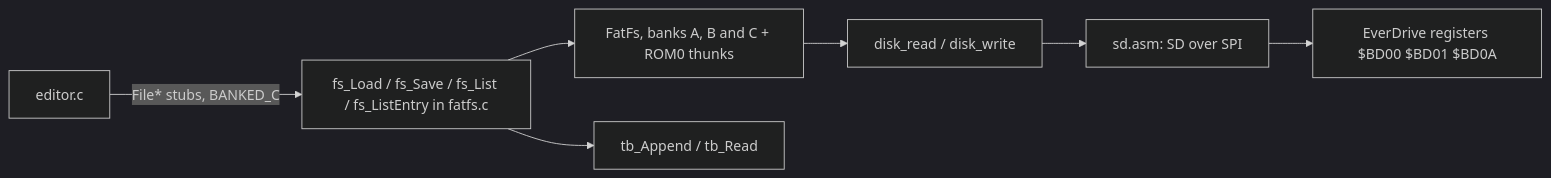
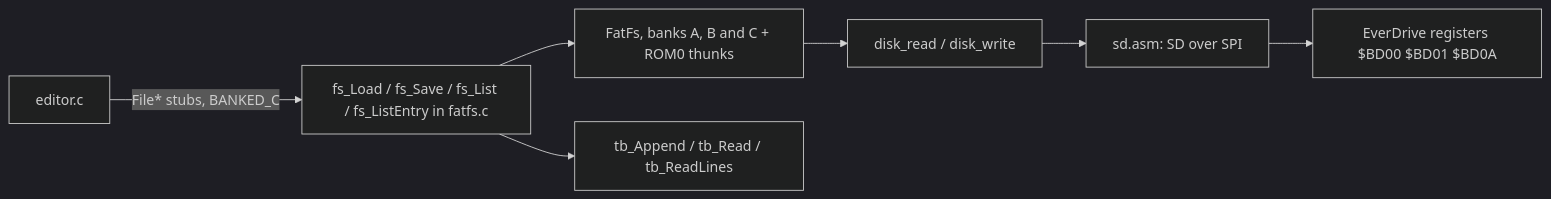
One commit to Q-Bert-Reynolds/fatpak changed the third of 3 diagrams in ARCHITECTURE.md. Above: the diagram before and after it, drawn with Mermaid (dark theme). The commit also changed other lines of this file and 5 other files, not shown here.

````diff
--- a/ARCHITECTURE.md
+++ b/ARCHITECTURE.md
@@ -197,9 +197,9 @@
 ```mermaid
 flowchart LR
   editorc[editor.c] -->|File* stubs, BANKED_C| api[fs_Load / fs_Save / fs_List / fs_ListEntry in fatfs.c]
   api --> ff[FatFs, banks A, B and C + ROM0 thunks]
   ff --> glue[disk_read / disk_write]
   glue --> sd[sd.asm: SD over SPI]
   sd --> regs[EverDrive registers $BD00 $BD01 $BD0A]
-  api --> tb[tb_Append / tb_Read]
+  api --> tb[tb_Append / tb_Read / tb_ReadLines]
 ```
````
